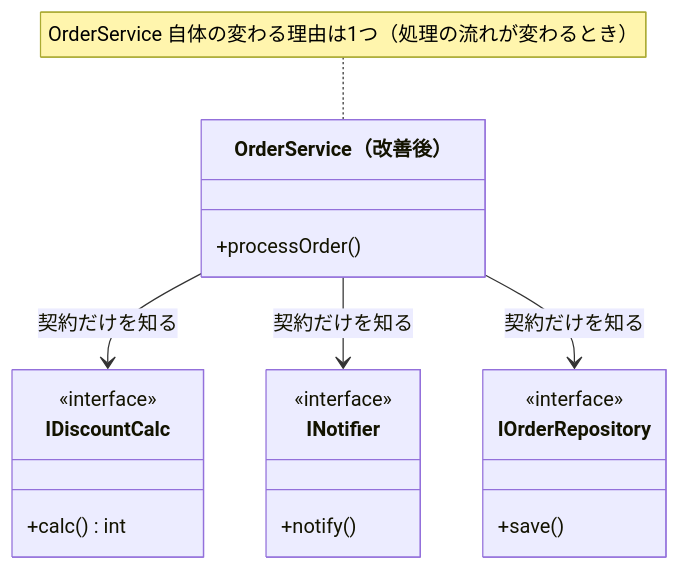
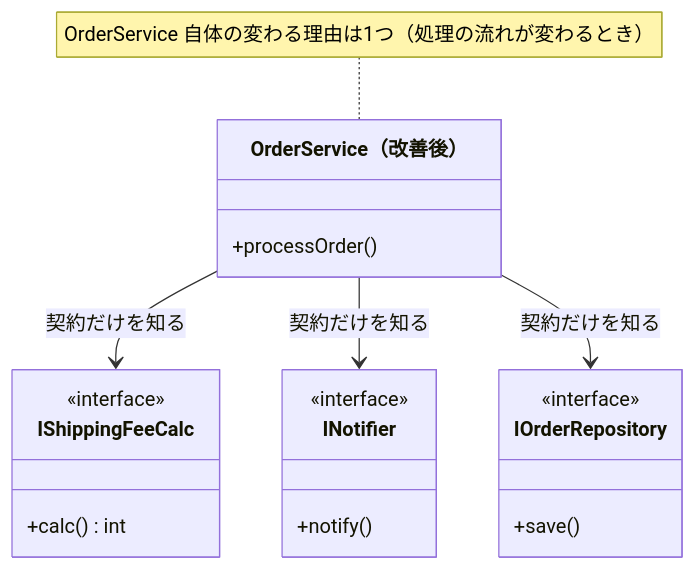
Before and after one commit to kumachan1101-pixel/DesignPattern: the third of 7 diagrams in kindle/design-patterns/books/volume01-core-patterns/output/preface.md, drawn with Mermaid. The commit also changed other lines of this file and 1 other file, not shown here.

````diff
--- a/kindle/design-patterns/books/volume01-core-patterns/output/preface.md
+++ b/kindle/design-patterns/books/volume01-core-patterns/output/preface.md
@@ -301,24 +318,24 @@
 ```mermaid
 classDiagram
     class OrderService_after["OrderService（改善後）"] {
         +processOrder()
     }
-    class IDiscountCalc {
+    class IShippingFeeCalc {
         <<interface>>
         +calc() int
     }
     class INotifier {
         <<interface>>
         +notify()
     }
     class IOrderRepository {
         <<interface>>
         +save()
     }
 
-    OrderService_after --> IDiscountCalc : 契約だけを知る
+    OrderService_after --> IShippingFeeCalc : 契約だけを知る
     OrderService_after --> INotifier : 契約だけを知る
     OrderService_after --> IOrderRepository : 契約だけを知る
 
     note for OrderService_after "OrderService 自体の変わる理由は1つ（処理の流れが変わるとき）"
 ```
````
